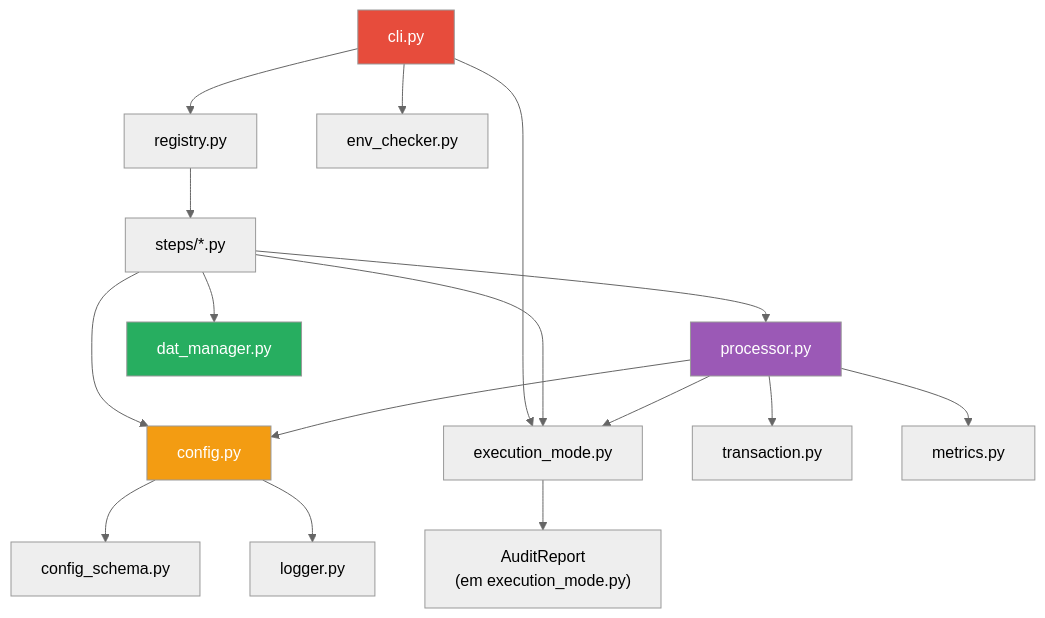
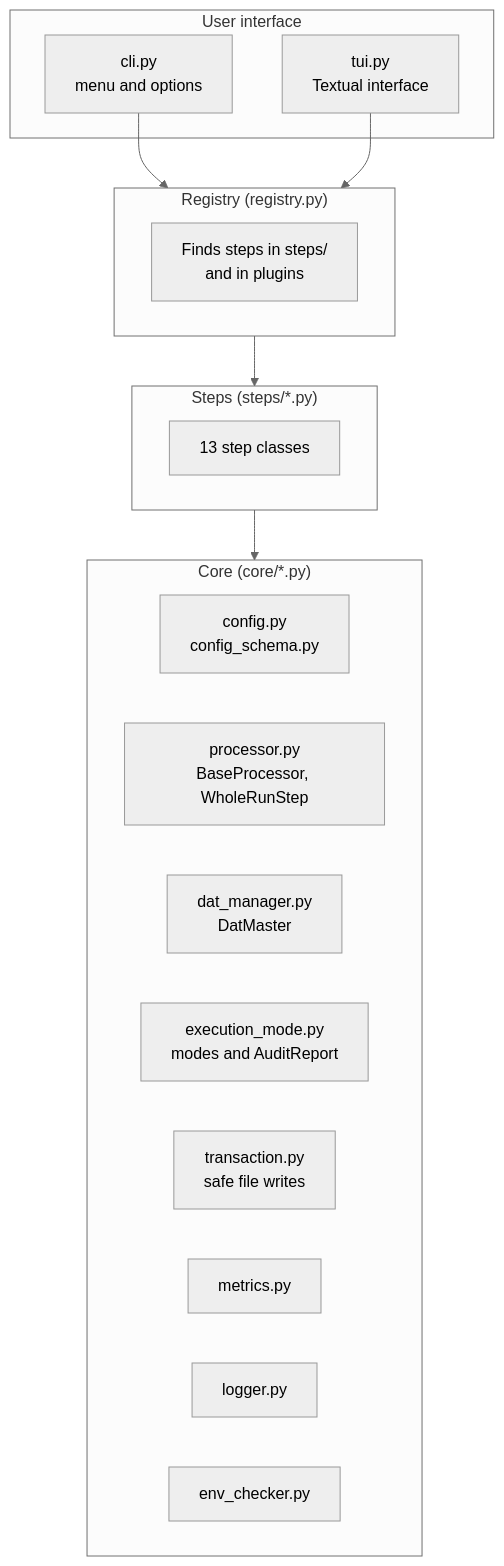
One commit to RtaSistemas/EVS changed diagram 11 of 12 in README.md. Above: the diagram before and after it, drawn with Mermaid (neutral theme). The commit also changed other lines of this file and 1 other file, not shown here.

First line of the commit message:
docs: reescreve README em inglês simples (ASD-STE100) com diagramas Mermaid

````diff
--- a/README.md
+++ b/README.md
@@ -959,27 +721,31 @@
 ```mermaid
-graph TD
-    CLI[cli.py] --> REG[registry.py]
-    CLI --> ENV[env_checker.py]
-    CLI --> MODE[execution_mode.py]
+graph TB
+    subgraph UI["User interface"]
+        CLI["cli.py<br/>menu and options"]
+        TUI["tui.py<br/>Textual interface"]
+    end
 
-    REG --> STEPS["steps/*.py"]
-    STEPS --> PROC[processor.py]
-    STEPS --> CFG[config.py]
-    STEPS --> DAT[dat_manager.py]
-    STEPS --> MODE
+    subgraph REG["Registry (registry.py)"]
+        AUTO["Finds steps in steps/<br/>and in plugins"]
+    end
 
-    PROC --> CFG
-    PROC --> MODE
-    PROC --> TXN[transaction.py]
-    PROC --> METRICS[metrics.py]
+    subgraph STEPS["Steps (steps/*.py)"]
+        S["13 step classes"]
+    end
 
-    CFG --> SCHEMA[config_schema.py]
-    CFG --> LOG[logger.py]
+    subgraph CORE["Core (core/*.py)"]
+        CFG["config.py<br/>config_schema.py"]
+        PROC["processor.py<br/>BaseProcessor, WholeRunStep"]
+        DAT["dat_manager.py<br/>DatMaster"]
+        MODE["execution_mode.py<br/>modes and AuditReport"]
+        TXN["transaction.py<br/>safe file writes"]
+        MET["metrics.py"]
+        LOG["logger.py"]
+        ENV["env_checker.py"]
+    end
 
-    MODE --> AUDIT_MOD["AuditReport\n(em execution_mode.py)"]
-
-    style CLI fill:#e74c3c,color:#fff
-    style CFG fill:#f39c12,color:#fff
-    style PROC fill:#9b59b6,color:#fff
-    style DAT fill:#27ae60,color:#fff
+    CLI --> REG
+    TUI --> REG
+    REG --> STEPS
+    STEPS --> CORE
 ```
````
